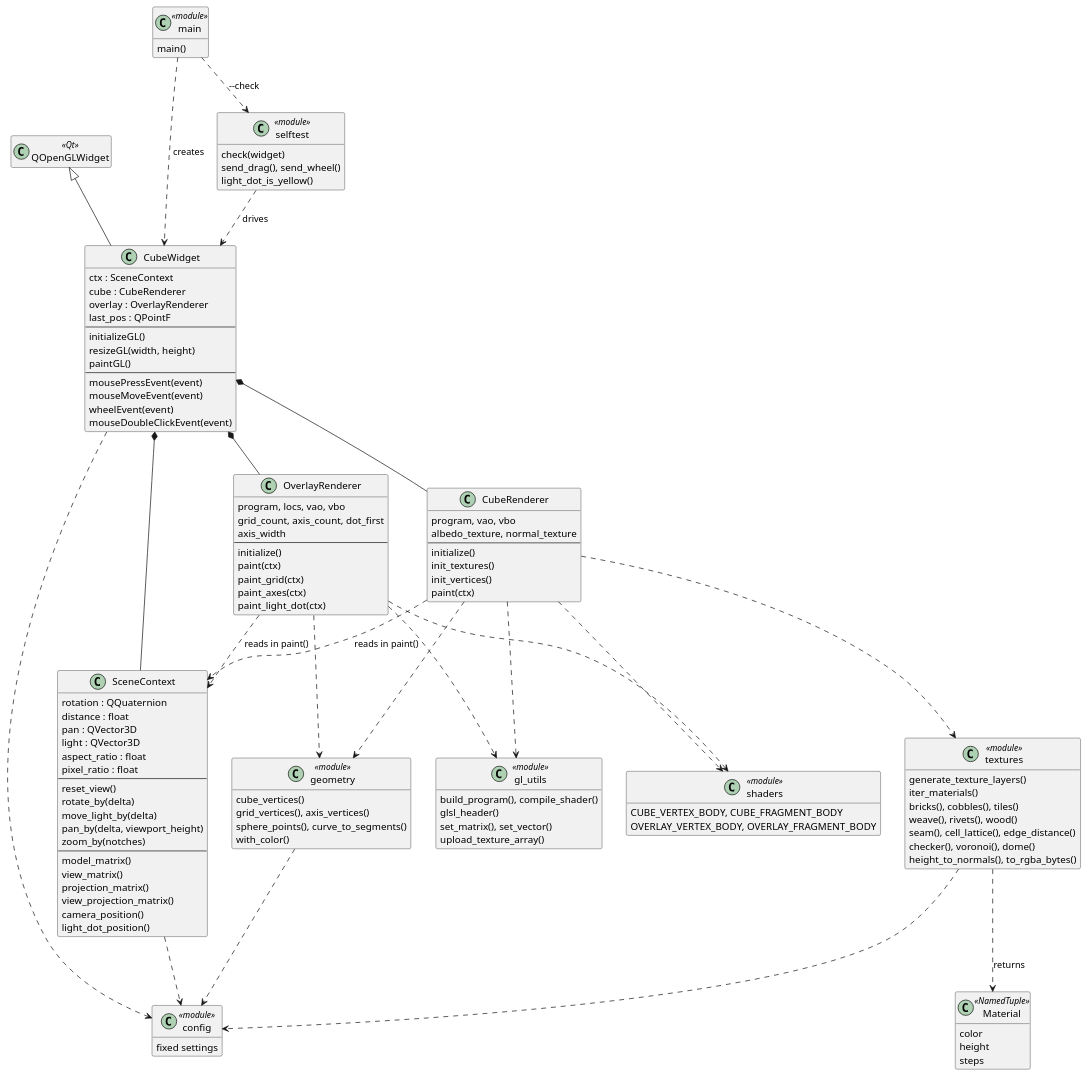
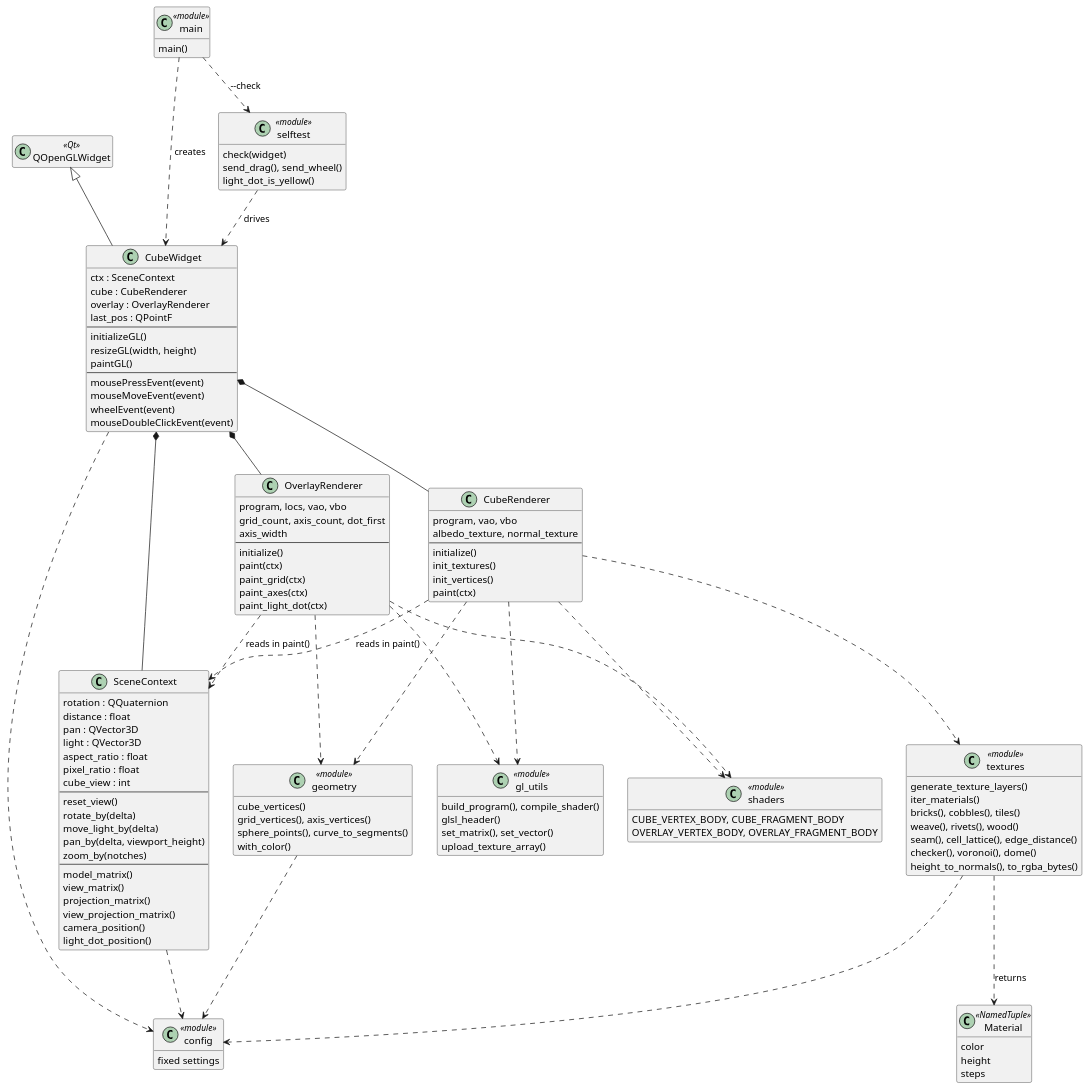
The diagram in docs/diagrams/classes.puml (esba1ley/opengl_python_qt6_test), drawn with PlantUML before and after one commit. The commit also changed 8 other files, not shown here.

First line of the commit message:
refactor(shaders): add a debug view to the cube fragment shader

```diff
--- a/docs/diagrams/classes.puml
+++ b/docs/diagrams/classes.puml
@@ -1,136 +1,137 @@
 @startuml classes
 ' Class diagram: who owns what, and which modules each class leans on.
 ' Function-only modules are drawn as <<module>> boxes listing their public
 ' functions. Keep in step with src/; see .claude/CLAUDE.md.
 skinparam classAttributeIconSize 0
 skinparam shadowing false
 hide empty members
 
 class QOpenGLWidget <<Qt>>
 
 class CubeWidget {
   ctx : SceneContext
   cube : CubeRenderer
   overlay : OverlayRenderer
   last_pos : QPointF
   --
   initializeGL()
   resizeGL(width, height)
   paintGL()
   --
   mousePressEvent(event)
   mouseMoveEvent(event)
   wheelEvent(event)
   mouseDoubleClickEvent(event)
 }
 
 class SceneContext {
   rotation : QQuaternion
   distance : float
   pan : QVector3D
   light : QVector3D
   aspect_ratio : float
   pixel_ratio : float
+  cube_view : int
   --
   reset_view()
   rotate_by(delta)
   move_light_by(delta)
   pan_by(delta, viewport_height)
   zoom_by(notches)
   --
   model_matrix()
   view_matrix()
   projection_matrix()
   view_projection_matrix()
   camera_position()
   light_dot_position()
 }
 
 class CubeRenderer {
   program, vao, vbo
   albedo_texture, normal_texture
   --
   initialize()
   init_textures()
   init_vertices()
   paint(ctx)
 }
 
 class OverlayRenderer {
   program, locs, vao, vbo
   grid_count, axis_count, dot_first
   axis_width
   --
   initialize()
   paint(ctx)
   paint_grid(ctx)
   paint_axes(ctx)
   paint_light_dot(ctx)
 }
 
 class main <<module>> {
   main()
 }
 class selftest <<module>> {
   check(widget)
   send_drag(), send_wheel()
   light_dot_is_yellow()
 }
 class gl_utils <<module>> {
   build_program(), compile_shader()
   glsl_header()
   set_matrix(), set_vector()
   upload_texture_array()
 }
 class geometry <<module>> {
   cube_vertices()
   grid_vertices(), axis_vertices()
   sphere_points(), curve_to_segments()
   with_color()
 }
 class textures <<module>> {
   generate_texture_layers()
   iter_materials()
   bricks(), cobbles(), tiles()
   weave(), rivets(), wood()
   seam(), cell_lattice(), edge_distance()
   checker(), voronoi(), dome()
   height_to_normals(), to_rgba_bytes()
 }
 class Material <<NamedTuple>> {
   color
   height
   steps
 }
 
 class shaders <<module>> {
   CUBE_VERTEX_BODY, CUBE_FRAGMENT_BODY
   OVERLAY_VERTEX_BODY, OVERLAY_FRAGMENT_BODY
 }
 class config <<module>> {
   fixed settings
 }
 
 textures ..> Material : returns
 QOpenGLWidget <|-- CubeWidget
 CubeWidget *-- SceneContext
 CubeWidget *-- CubeRenderer
 CubeWidget *-- OverlayRenderer
 main ..> CubeWidget : creates
 main ..> selftest : --check
 selftest ..> CubeWidget : drives
 
 CubeRenderer ..> SceneContext : reads in paint()
 OverlayRenderer ..> SceneContext : reads in paint()
 CubeRenderer ..> gl_utils
 CubeRenderer ..> geometry
 CubeRenderer ..> textures
 CubeRenderer ..> shaders
 OverlayRenderer ..> gl_utils
 OverlayRenderer ..> geometry
 OverlayRenderer ..> shaders
 SceneContext ..> config
 CubeWidget ..> config
 geometry ..> config
 textures ..> config
 @enduml
```
